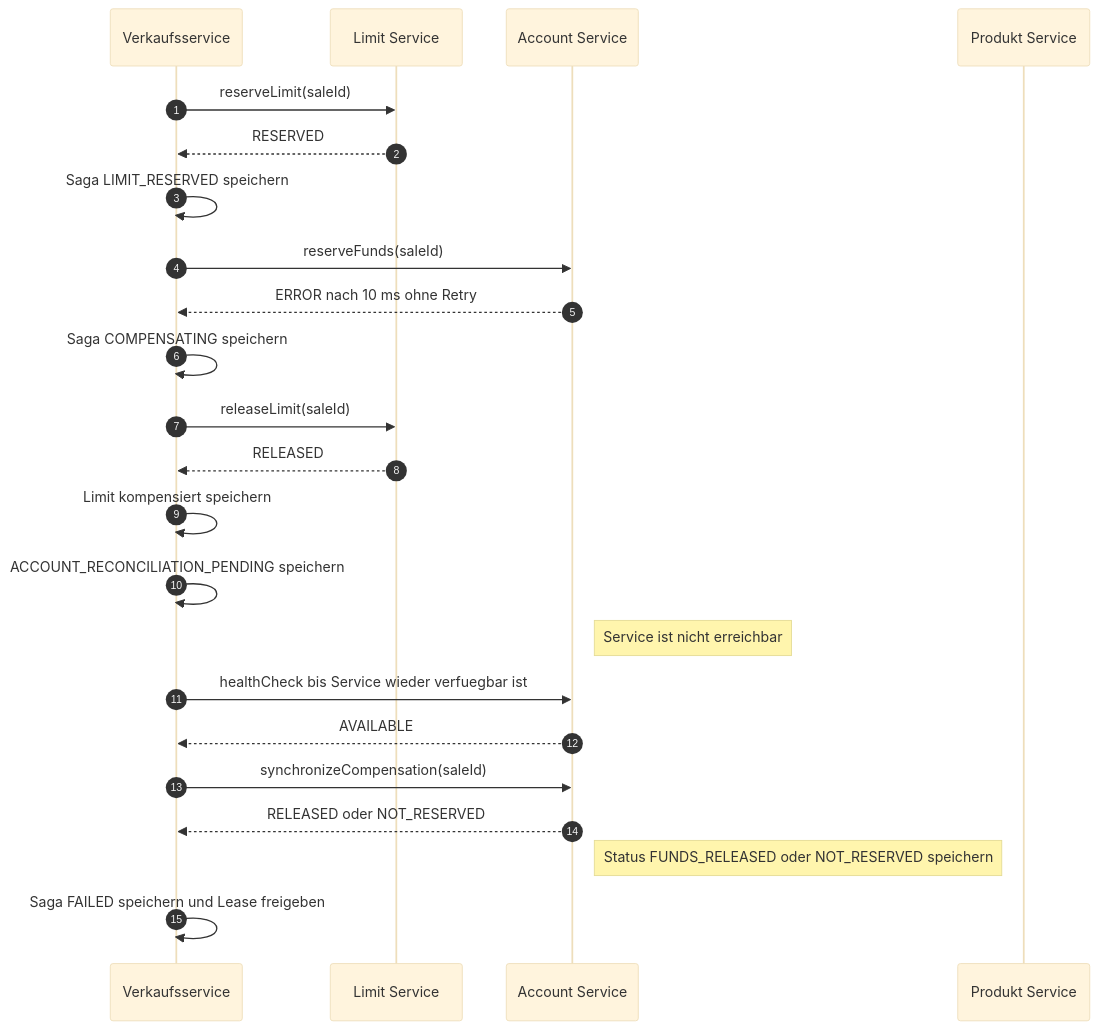
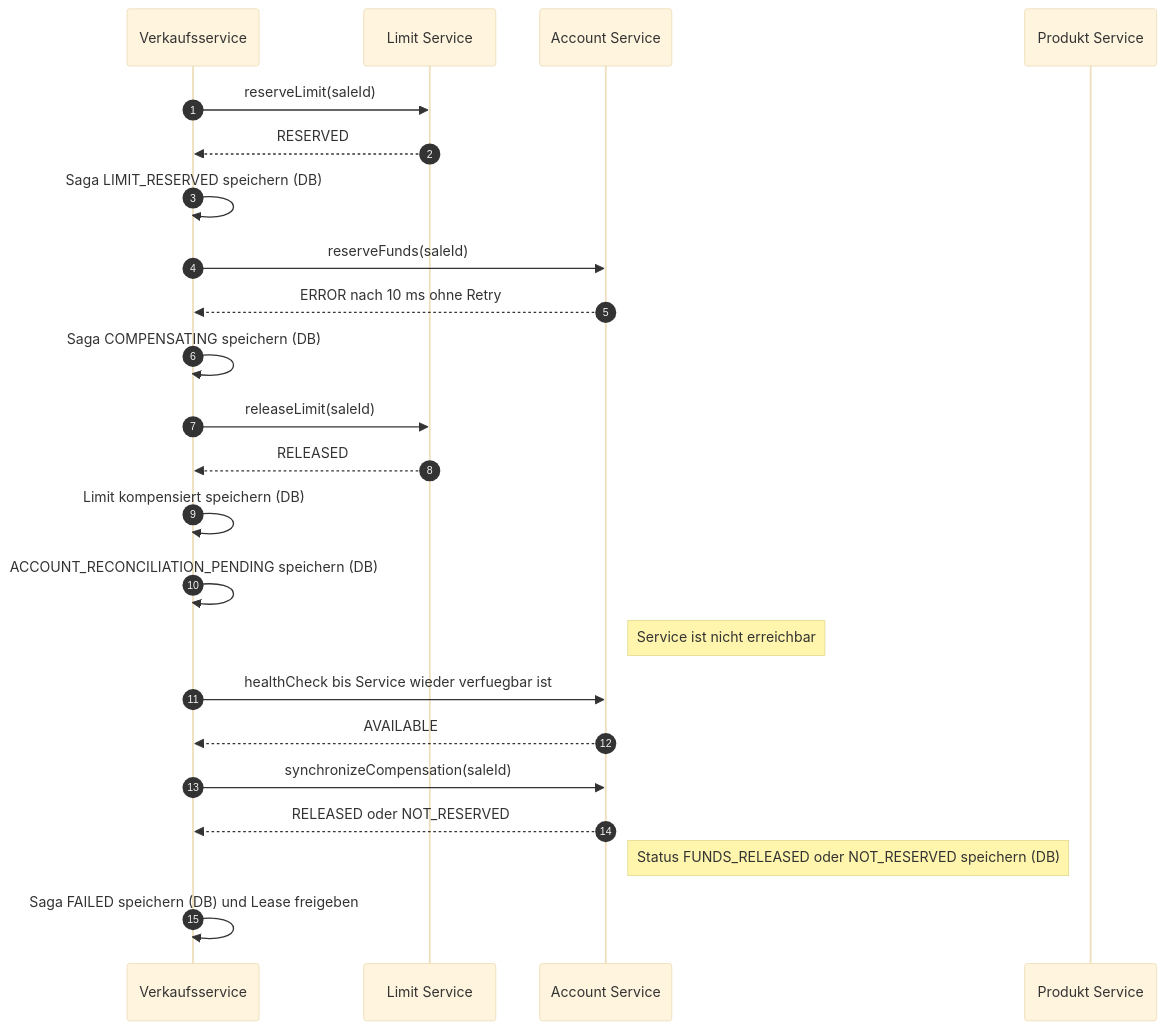
The fourth of 29 diagrams in project-2/abgabe_projekt_2.md (Adrian-Hansen-dev/second-hand-ticket-app), drawn with Mermaid (base theme) before and after one commit. The commit also changed other lines of this file, not shown here.

First line of the commit message:
Projekt 2: Persistenz und Recovery ergänzt

````diff
--- a/project-2/abgabe_projekt_2.md
+++ b/project-2/abgabe_projekt_2.md
@@ -158,27 +180,27 @@
 ```mermaid
 sequenceDiagram
     autonumber
     participant VS as Verkaufsservice
     participant LS as Limit Service
     participant AS as Account Service
     participant PS as Produkt Service
 
     VS->>LS: reserveLimit(saleId)
     LS-->>VS: RESERVED
-    VS->>VS: Saga LIMIT_RESERVED speichern
+    VS->>VS: Saga LIMIT_RESERVED speichern (DB)
 
     VS->>AS: reserveFunds(saleId)
     AS-->>VS: ERROR nach 10 ms ohne Retry
-    VS->>VS: Saga COMPENSATING speichern
+    VS->>VS: Saga COMPENSATING speichern (DB)
     VS->>LS: releaseLimit(saleId)
     LS-->>VS: RELEASED
-    VS->>VS: Limit kompensiert speichern
-    VS->>VS: ACCOUNT_RECONCILIATION_PENDING speichern
+    VS->>VS: Limit kompensiert speichern (DB)
+    VS->>VS: ACCOUNT_RECONCILIATION_PENDING speichern (DB)
     Note right of AS: Service ist nicht erreichbar
     VS->>AS: healthCheck bis Service wieder verfuegbar ist
     AS-->>VS: AVAILABLE
     VS->>AS: synchronizeCompensation(saleId)
     AS-->>VS: RELEASED oder NOT_RESERVED
-    Note right of AS: Status FUNDS_RELEASED oder NOT_RESERVED speichern
-    VS->>VS: Saga FAILED speichern und Lease freigeben
+    Note right of AS: Status FUNDS_RELEASED oder NOT_RESERVED speichern (DB)
+    VS->>VS: Saga FAILED speichern (DB) und Lease freigeben
 ```
````
